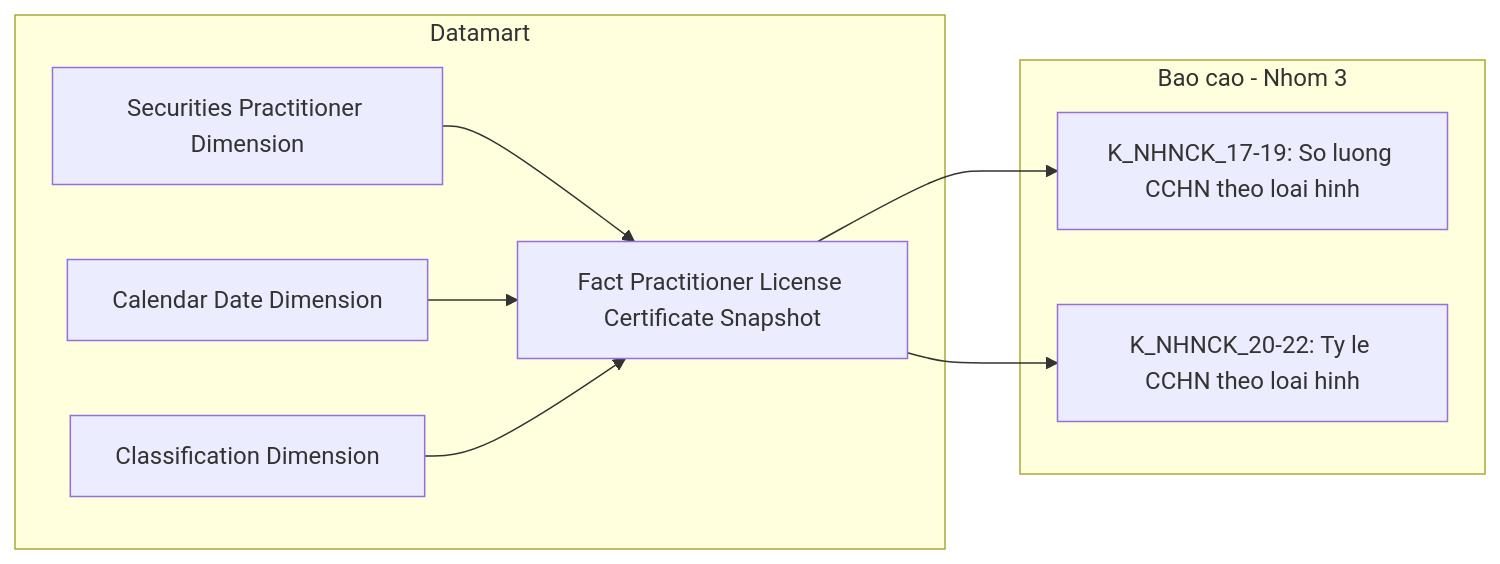
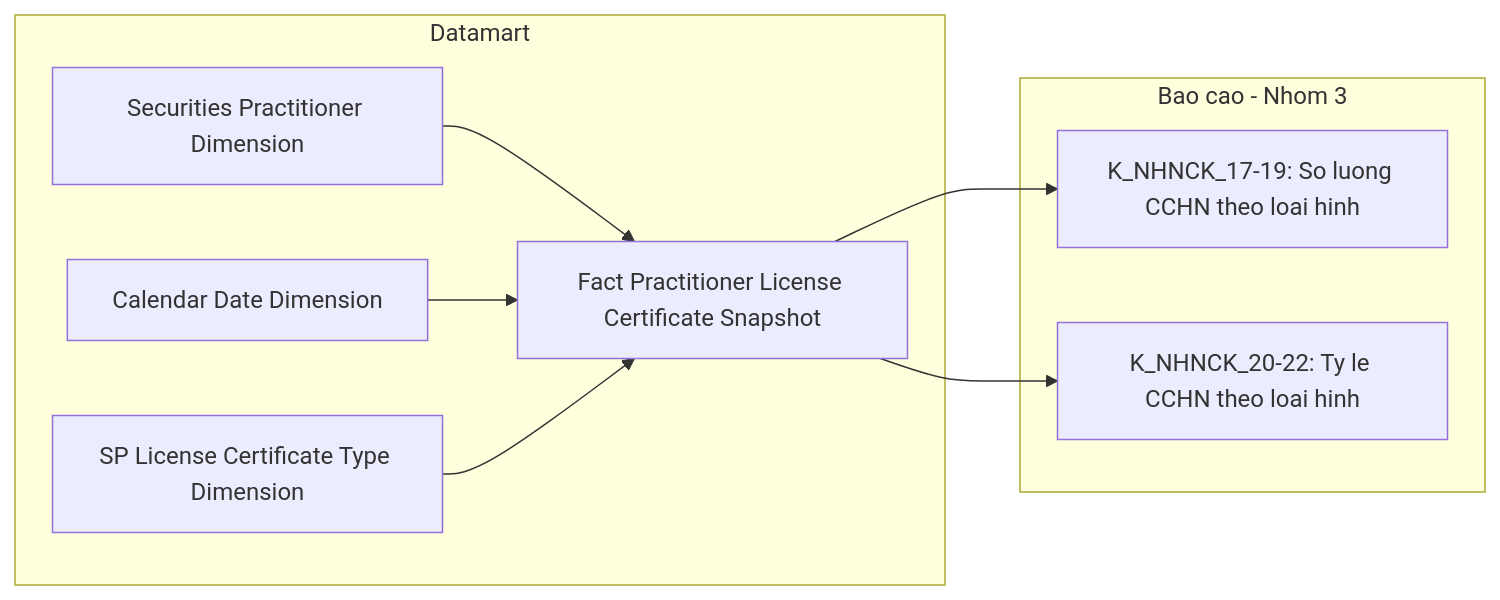
Diagram 19 of 40 in Datamart/hld/DTM_NHNCK_HLD.md (linhlvit/ubck_atomic_design), drawn with Mermaid before and after one commit. The commit also changed other lines of this file and 37 other files, not shown here.

````diff
--- a/Datamart/hld/DTM_NHNCK_HLD.md
+++ b/Datamart/hld/DTM_NHNCK_HLD.md
@@ -785,18 +778,18 @@
 ```mermaid
 flowchart LR
     subgraph Datamart["Datamart"]
         G1["Fact Practitioner License Certificate Snapshot"]
         G2["Securities Practitioner Dimension"]
         G3["Calendar Date Dimension"]
-        G4["Classification Dimension"]
+        G4["SP License Certificate Type Dimension"]
     end
     subgraph RPT["Bao cao - Nhom 3"]
         R1["K_NHNCK_17-19: So luong CCHN theo loai hinh"]
         R2["K_NHNCK_20-22: Ty le CCHN theo loai hinh"]
     end
     G1 --> R1
     G1 --> R2
     G2 --> G1
     G3 --> G1
     G4 --> G1
 ```
````
